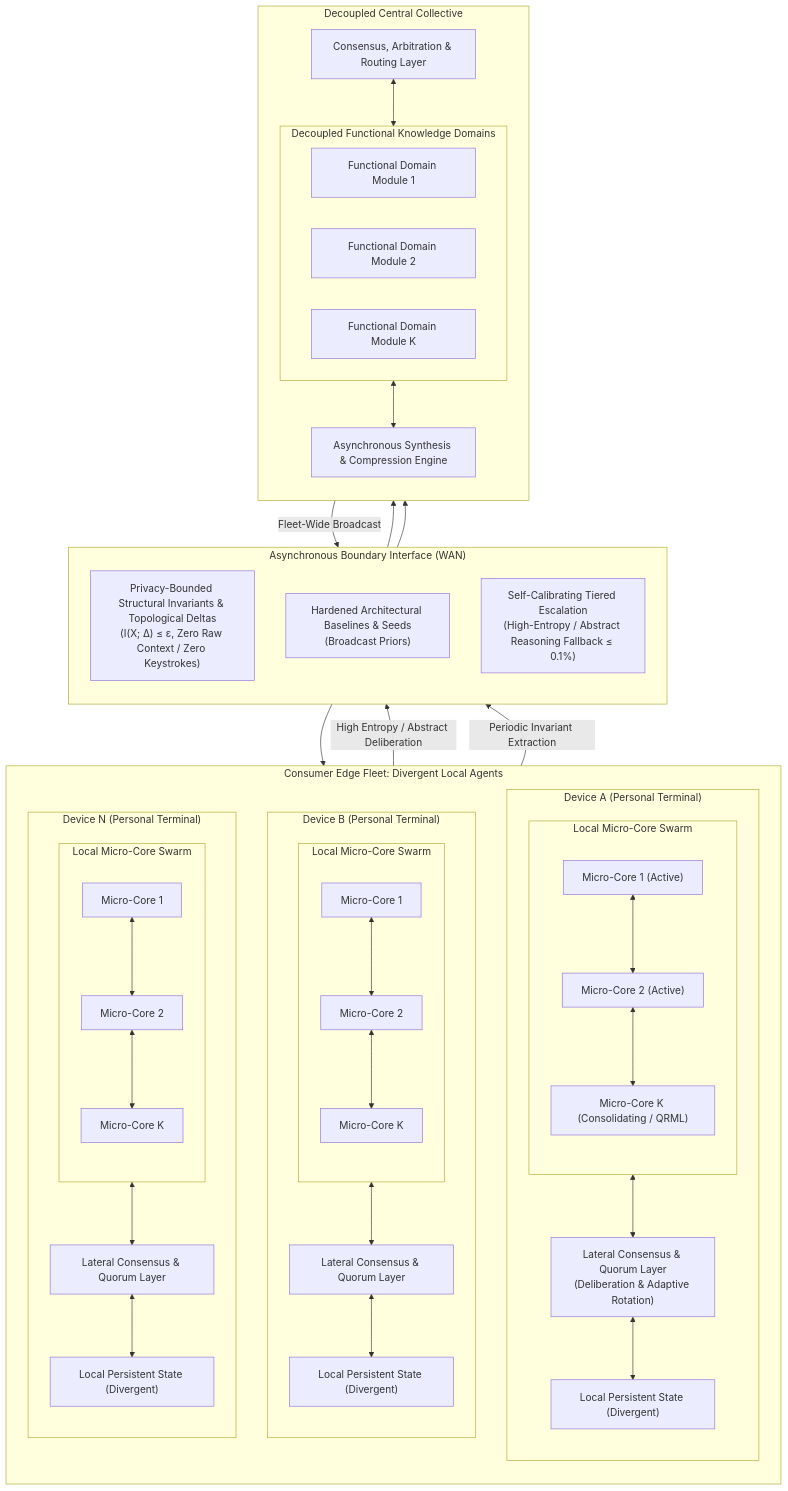
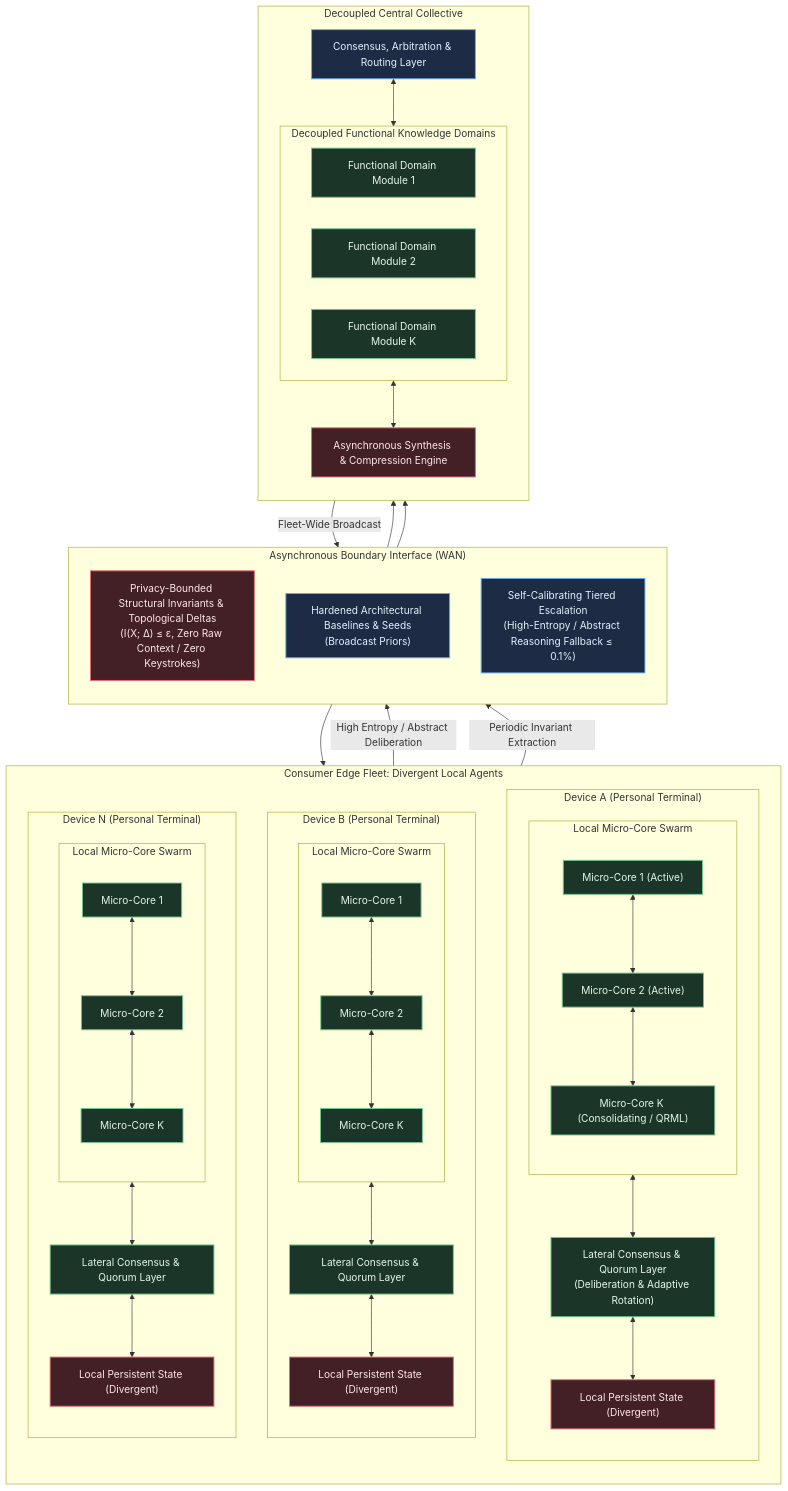
Before and after one commit to Shapedsundew9/studious-fishstick: the first of 2 diagrams in docs/visions/vision-ix.md, drawn with Mermaid. The commit also changed other lines of this file and 27 other files, not shown here.

First line of the commit message:
Enhance vision documentation with Mermaid diagrams and improved formatting

````diff
--- a/docs/visions/vision-ix.md
+++ b/docs/visions/vision-ix.md
@@ -97,18 +97,51 @@
 ```mermaid
+%%{init: {
+  'theme': 'base',
+  'themeVariables': {
+    'darkMode': true,
+    'background': '#161922',
+    'mainBkg': '#1e2230',
+    'nodeBorder': '#434c5e',
+    'textColor': '#e2e8f0',
+    'fontFamily': 'ui-sans-serif, system-ui, -apple-system, BlinkMacSystemFont, "Segoe UI", Roboto, sans-serif',
+    'fontSize': '14px',
+    'lineColor': '#8892b0',
+    'primaryColor': '#422026',
+    'primaryTextColor': '#fde8ec',
+    'primaryBorderColor': '#e06c75',
+    'secondaryColor': '#1b3528',
+    'secondaryTextColor': '#e6f7ee',
+    'secondaryBorderColor': '#73c991',
+    'tertiaryColor': '#1d2c44',
+    'tertiaryTextColor': '#e4f0fc',
+    'tertiaryBorderColor': '#61afef',
+    'clusterBkg': '#13161f',
+    'clusterBorder': '#373e51',
+    'noteBkgColor': '#2e271a',
+    'noteTextColor': '#fdf4db',
+    'noteBorderColor': '#e5c07b',
+    'edgeLabelBackground': '#1a1d27'
+  }
+}}%%
 flowchart TB
+    classDef primary fill:#422026,stroke:#e06c75,stroke-width:1.5px,color:#fde8ec;
+    classDef secondary fill:#1b3528,stroke:#73c991,stroke-width:1.5px,color:#e6f7ee;
+    classDef tertiary fill:#1d2c44,stroke:#61afef,stroke-width:1.5px,color:#e4f0fc;
+    classDef note fill:#2e271a,stroke:#e5c07b,stroke-width:1.5px,color:#fdf4db;
+
     subgraph Fleet ["Consumer Edge Fleet: Divergent Local Agents"]
         direction TB
         subgraph EdgeA ["Device A (Personal Terminal)"]
             direction TB
             subgraph SwarmA ["Local Micro-Core Swarm"]
                 direction TB
-                CoreA1["Micro-Core 1 (Active)"]
-                CoreA2["Micro-Core 2 (Active)"]
-                CoreAK["Micro-Core K (Consolidating / QRML)"]
+                CoreA1["Micro-Core 1 (Active)"]:::secondary
+                CoreA2["Micro-Core 2 (Active)"]:::secondary
+                CoreAK["Micro-Core K (Consolidating / QRML)"]:::secondary
                 CoreA1 <--> CoreA2 <--> CoreAK
             end
-            QuorumA["Lateral Consensus & Quorum Layer\n(Deliberation & Adaptive Rotation)"]
-            StateA["Local Persistent State (Divergent)"]
+            QuorumA["Lateral Consensus & Quorum Layer<br/>(Deliberation & Adaptive Rotation)"]:::secondary
+            StateA["Local Persistent State (Divergent)"]:::primary
             SwarmA <--> QuorumA
             QuorumA <--> StateA
         end
@@ -117,13 +150,13 @@
             direction TB
             subgraph SwarmB ["Local Micro-Core Swarm"]
                 direction TB
-                CoreB1["Micro-Core 1"]
-                CoreB2["Micro-Core 2"]
-                CoreBK["Micro-Core K"]
+                CoreB1["Micro-Core 1"]:::secondary
+                CoreB2["Micro-Core 2"]:::secondary
+                CoreBK["Micro-Core K"]:::secondary
                 CoreB1 <--> CoreB2 <--> CoreBK
             end
-            QuorumB["Lateral Consensus & Quorum Layer"]
-            StateB["Local Persistent State (Divergent)"]
+            QuorumB["Lateral Consensus & Quorum Layer"]:::secondary
+            StateB["Local Persistent State (Divergent)"]:::primary
             SwarmB <--> QuorumB
             QuorumB <--> StateB
         end
@@ -132,13 +165,13 @@
             direction TB
             subgraph SwarmN ["Local Micro-Core Swarm"]
                 direction TB
-                CoreN1["Micro-Core 1"]
-                CoreN2["Micro-Core 2"]
-                CoreNK["Micro-Core K"]
+                CoreN1["Micro-Core 1"]:::secondary
+                CoreN2["Micro-Core 2"]:::secondary
+                CoreNK["Micro-Core K"]:::secondary
                 CoreN1 <--> CoreN2 <--> CoreNK
             end
-            QuorumN["Lateral Consensus & Quorum Layer"]
-            StateN["Local Persistent State (Divergent)"]
+            QuorumN["Lateral Consensus & Quorum Layer"]:::secondary
+            StateN["Local Persistent State (Divergent)"]:::primary
             SwarmN <--> QuorumN
             QuorumN <--> StateN
         end
@@ -146,20 +179,20 @@
 
     subgraph Channel ["Asynchronous Boundary Interface (WAN)"]
         direction TB
-        UpDeltas["Privacy-Bounded Structural Invariants & Topological Deltas\n(I(X; Δ) ≤ ε, Zero Raw Context / Zero Keystrokes)"]
-        DownPriors["Hardened Architectural Baselines & Seeds\n(Broadcast Priors)"]
-        QueryFallback["Self-Calibrating Tiered Escalation\n(High-Entropy / Abstract Reasoning Fallback ≤ 0.1%)"]
+        UpDeltas["Privacy-Bounded Structural Invariants & Topological Deltas<br/>(I(X; Δ) ≤ ε, Zero Raw Context / Zero Keystrokes)"]:::primary
+        DownPriors["Hardened Architectural Baselines & Seeds<br/>(Broadcast Priors)"]:::tertiary
+        QueryFallback["Self-Calibrating Tiered Escalation<br/>(High-Entropy / Abstract Reasoning Fallback ≤ 0.1%)"]:::tertiary
     end
 
     subgraph Central ["Decoupled Central Collective"]
         direction TB
-        Arbiter["Consensus, Arbitration & Routing Layer"]
+        Arbiter["Consensus, Arbitration & Routing Layer"]:::tertiary
         subgraph Modules ["Decoupled Functional Knowledge Domains"]
-            Mod1["Functional Domain Module 1"]
-            Mod2["Functional Domain Module 2"]
-            ModK["Functional Domain Module K"]
+            Mod1["Functional Domain Module 1"]:::secondary
+            Mod2["Functional Domain Module 2"]:::secondary
+            ModK["Functional Domain Module K"]:::secondary
         end
-        Synthesis["Asynchronous Synthesis & Compression Engine"]
+        Synthesis["Asynchronous Synthesis & Compression Engine"]:::primary
         
         Arbiter <--> Modules
         Modules <--> Synthesis
````
